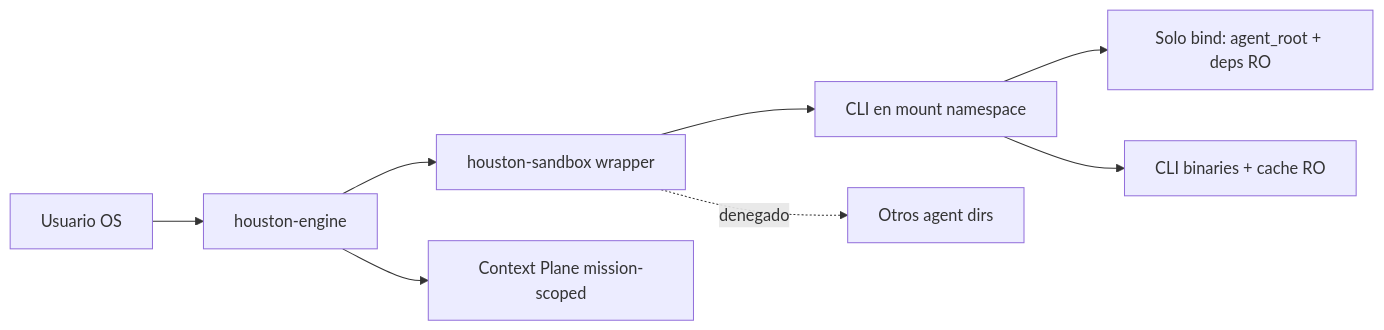
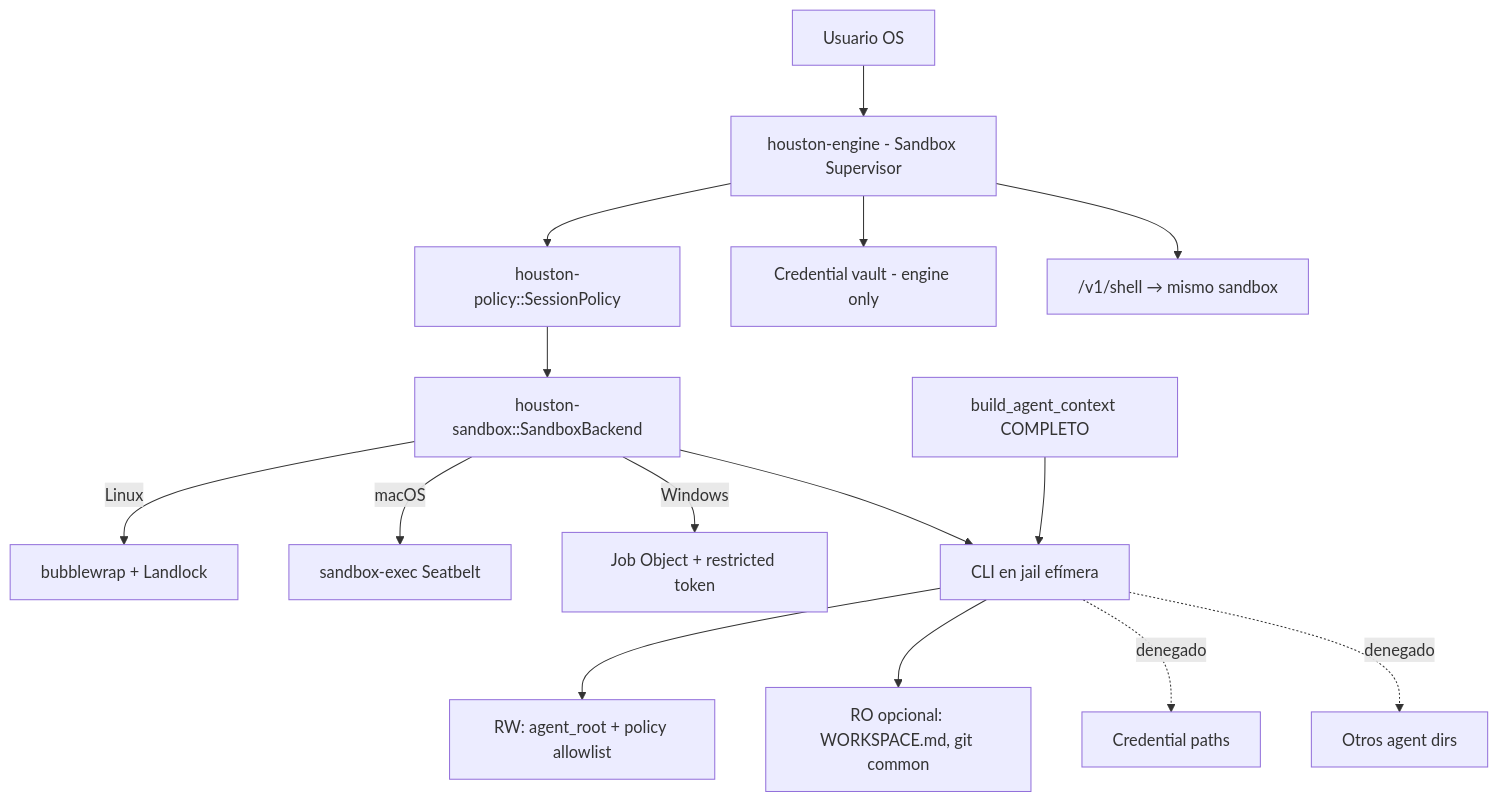
Before and after one commit to sebastianvelace/houston: the third of 5 diagrams in docs/hackathon-agent-orchestration.md, drawn with Mermaid. The commit also changed other lines of this file, not shown here.

````diff
--- a/docs/hackathon-agent-orchestration.md
+++ b/docs/hackathon-agent-orchestration.md
@@ -241,10 +321,17 @@
 ```mermaid
-flowchart LR
-    USER[Usuario OS] --> ENGINE[houston-engine]
-    ENGINE --> SB[houston-sandbox wrapper]
-    SB --> CLI[CLI en mount namespace]
-    CLI --> AGENT_ROOT["Solo bind: agent_root + deps RO"]
-    CLI --> RUNTIME["CLI binaries + cache RO"]
-    SB -.->|denegado| OTHER["Otros agent dirs"]
-    ENGINE --> CTX[Context Plane mission-scoped]
+flowchart TB
+    USER[Usuario OS] --> ENGINE[houston-engine - Sandbox Supervisor]
+    ENGINE --> POLICY[houston-policy::SessionPolicy]
+    POLICY --> SB[houston-sandbox::SandboxBackend]
+    SB -->|Linux| BWRAP[bubblewrap + Landlock]
+    SB -->|macOS| SEAT[sandbox-exec Seatbelt]
+    SB -->|Windows| JOB[Job Object + restricted token]
+    SB --> CLI[CLI en jail efímera]
+    CLI --> AGENT_ROOT["RW: agent_root + policy allowlist"]
+    CLI --> SHARED["RO opcional: WORKSPACE.md, git common"]
+    CLI -.->|denegado| CREDS[Credential paths]
+    CLI -.->|denegado| OTHER[Otros agent dirs]
+    ENGINE --> VAULT[Credential vault - engine only]
+    ENGINE --> SHELL["/v1/shell → mismo sandbox"]
+    PROMPT[build_agent_context COMPLETO] --> CLI
 ```
````
